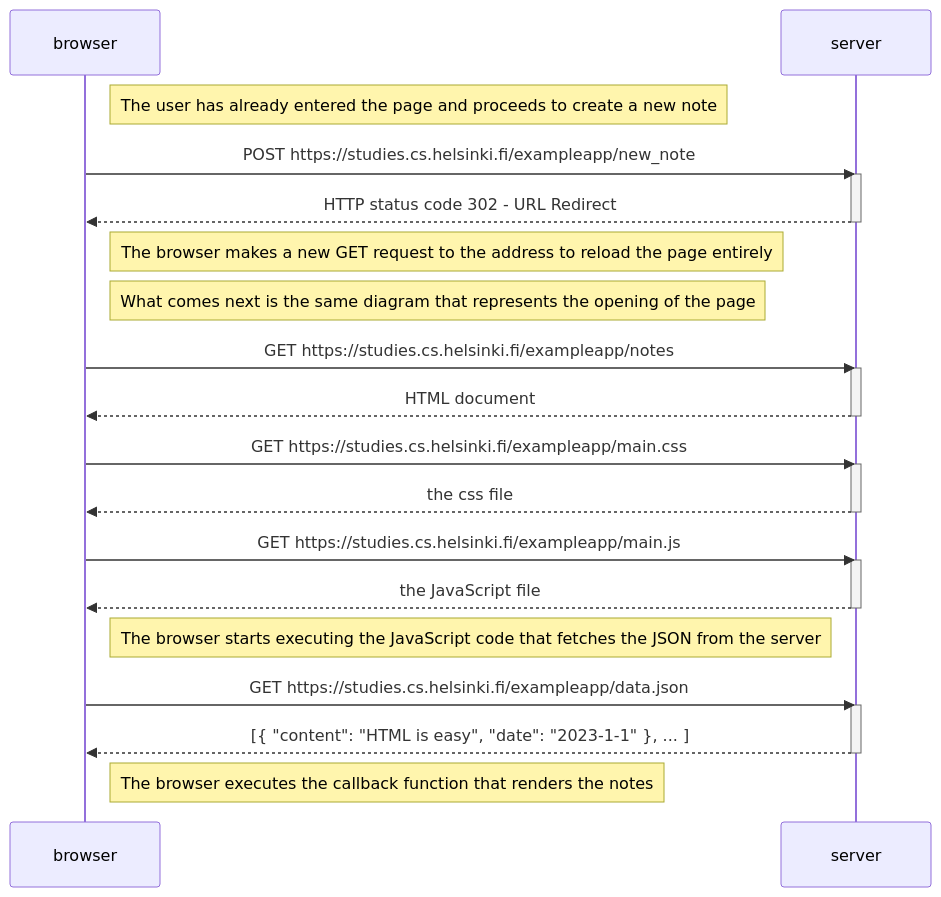
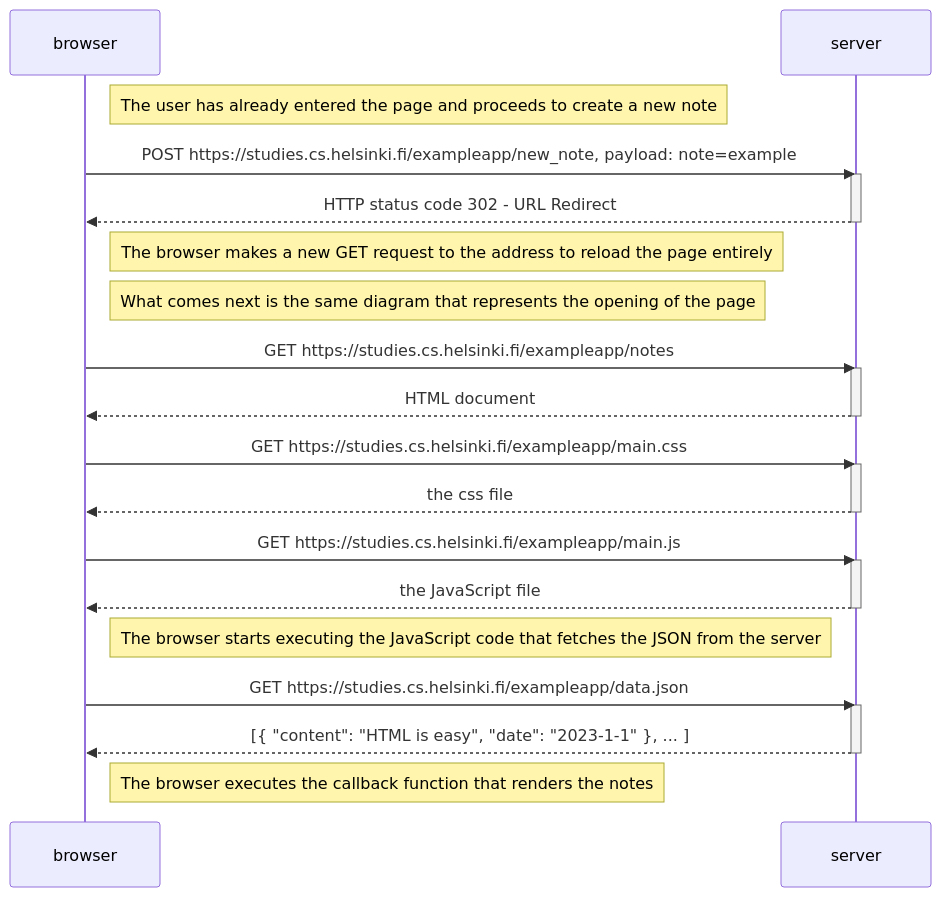
The diagram in part0/NewNoteDiagram.mmd (Franco7706/FullStackOpenExercises), drawn with Mermaid before and after one commit. The commit also changed 2 other files, not shown here.

```diff
--- a/part0/NewNoteDiagram.mmd
+++ b/part0/NewNoteDiagram.mmd
@@ -1,37 +1,37 @@
 sequenceDiagram
     participant browser
     participant server
 
     Note right of browser: The user has already entered the page and proceeds to create a new note
 
-    browser->>server: POST https://studies.cs.helsinki.fi/exampleapp/new_note
+    browser->>server: POST https://studies.cs.helsinki.fi/exampleapp/new_note, payload: note=example
     activate server
     server-->>browser: HTTP status code 302 - URL Redirect
     deactivate server
 
     Note right of browser: The browser makes a new GET request to the address to reload the page entirely
     Note right of browser: What comes next is the same diagram that represents the opening of the page
 
     browser->>server: GET https://studies.cs.helsinki.fi/exampleapp/notes
     activate server
     server-->>browser: HTML document
     deactivate server
 
     browser->>server: GET https://studies.cs.helsinki.fi/exampleapp/main.css
     activate server
     server-->>browser: the css file
     deactivate server
 
     browser->>server: GET https://studies.cs.helsinki.fi/exampleapp/main.js
     activate server
     server-->>browser: the JavaScript file
     deactivate server
 
     Note right of browser: The browser starts executing the JavaScript code that fetches the JSON from the server
 
     browser->>server: GET https://studies.cs.helsinki.fi/exampleapp/data.json
     activate server
     server-->>browser: [{ "content": "HTML is easy", "date": "2023-1-1" }, ... ]
     deactivate server
 
     Note right of browser: The browser executes the callback function that renders the notes
```
